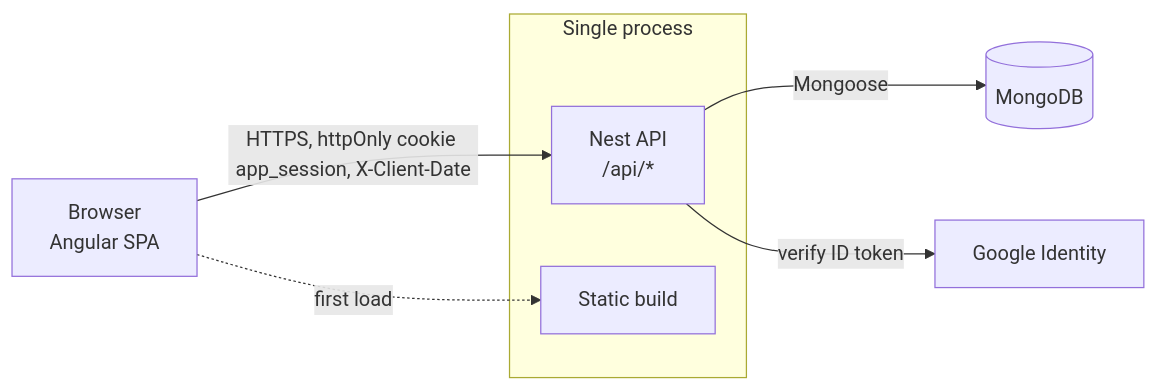
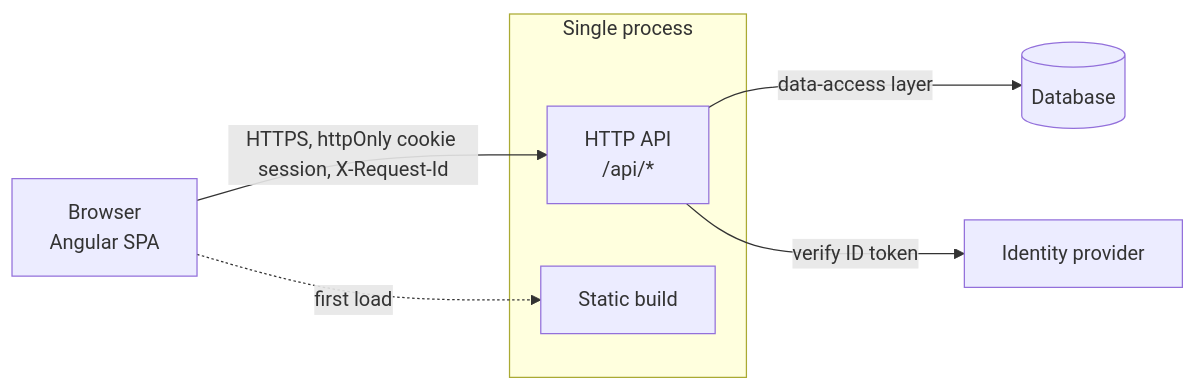
The first of 3 diagrams in plugins/tether-nx/skills/drawing-architecture-diagrams/references/templates.md (AndriiSiuta/tether), drawn with Mermaid before and after one commit. The commit also changed other lines of this file and 11 other files, not shown here.

````diff
--- a/plugins/tether-nx/skills/drawing-architecture-diagrams/references/templates.md
+++ b/plugins/tether-nx/skills/drawing-architecture-diagrams/references/templates.md
@@ -7,14 +7,14 @@
 ```mermaid
 flowchart LR
   browser["Browser<br/>Angular SPA"]
   subgraph server["Single process"]
-    api["Nest API<br/>/api/*"]
+    api["HTTP API<br/>/api/*"]
     static["Static build"]
   end
-  db[("MongoDB")]
-  idp["Google Identity"]
-  browser -->|"HTTPS, httpOnly cookie app_session, X-Client-Date"| api
+  db[("Database")]
+  idp["Identity provider"]
+  browser -->|"HTTPS, httpOnly cookie session, X-Request-Id"| api
   browser -.->|"first load"| static
-  api -->|"Mongoose"| db
+  api -->|"data-access layer"| db
   api -->|"verify ID token"| idp
 ```
````
